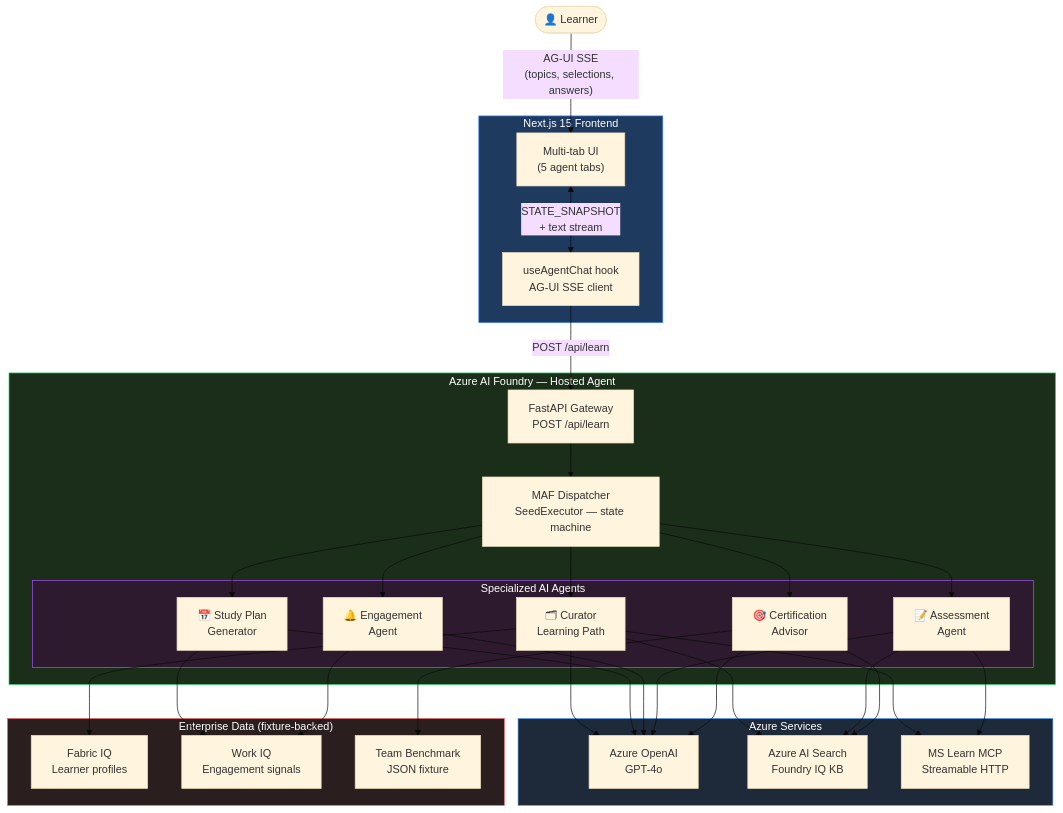
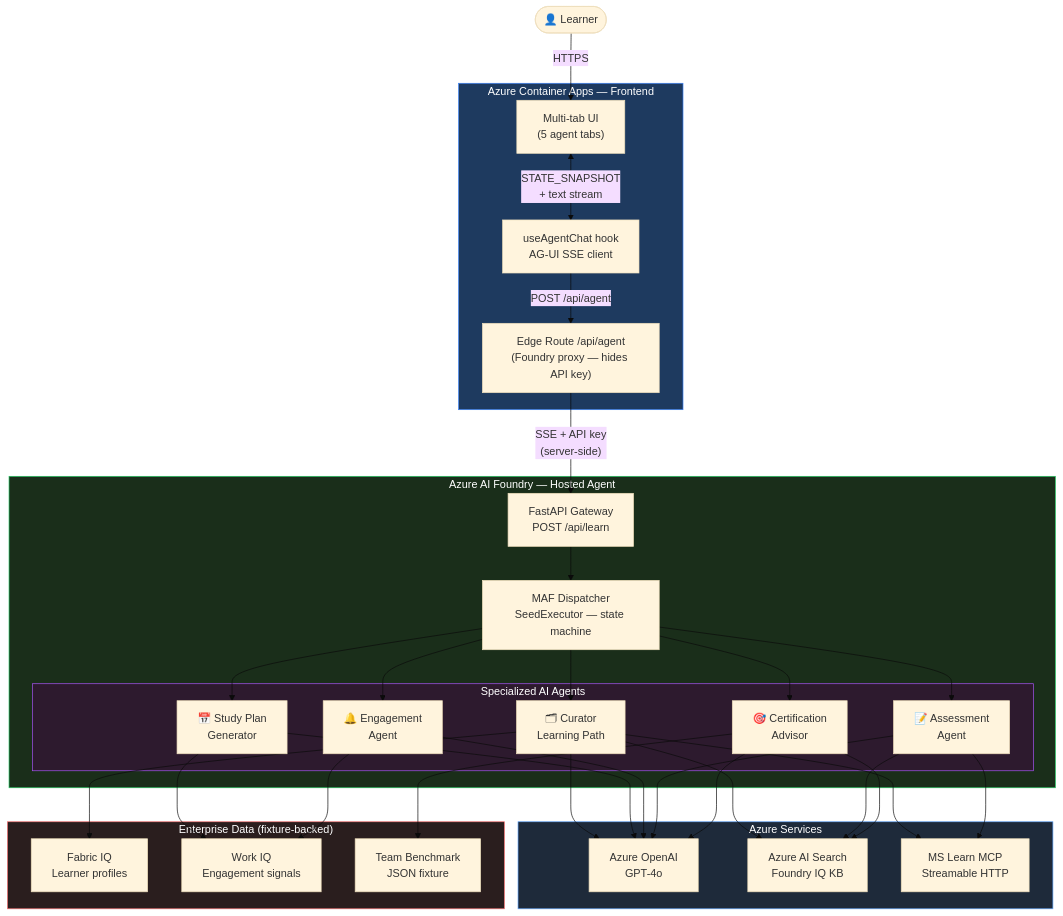
Before and after one commit to yaliagap/enterprise-learning-system-agents: the diagram in docs/DIAGRAM.md, drawn with Mermaid (base theme). The commit also changed other lines of this file and 2 other files, not shown here.

Commit message:
docs: add live demo URL, ACA frontend deployment instructions, and update diagrams

````diff
--- a/docs/DIAGRAM.md
+++ b/docs/DIAGRAM.md
@@ -5,69 +7,71 @@
 ```mermaid
 flowchart TD
     Learner(["👤 Learner"])
 
-    subgraph Frontend["Next.js 15 Frontend"]
+    subgraph ACA["Azure Container Apps — Frontend"]
         UI["Multi-tab UI\n(5 agent tabs)"]
         Hook["useAgentChat hook\nAG-UI SSE client"]
+        Proxy["Edge Route /api/agent\n(Foundry proxy — hides API key)"]
     end
 
     subgraph Foundry["Azure AI Foundry — Hosted Agent"]
         GW["FastAPI Gateway\nPOST /api/learn"]
         MAF["MAF Dispatcher\nSeedExecutor — state machine"]
 
         subgraph Agents["Specialized AI Agents"]
             CUR["🗂 Curator\nLearning Path"]
             SPL["📅 Study Plan\nGenerator"]
             ENG["🔔 Engagement\nAgent"]
             ASS["📝 Assessment\nAgent"]
             ADV["🎯 Certification\nAdvisor"]
         end
     end
 
     subgraph AzureServices["Azure Services"]
         AOI["Azure OpenAI\nGPT-4o"]
         AIS["Azure AI Search\nFoundry IQ KB"]
         MSL["MS Learn MCP\nStreamable HTTP"]
     end
 
     subgraph EnterpriseData["Enterprise Data (fixture-backed)"]
         FIQ["Fabric IQ\nLearner profiles"]
         WIQ["Work IQ\nEngagement signals"]
         BMK["Team Benchmark\nJSON fixture"]
     end
 
-    Learner -- "AG-UI SSE\n(topics, selections, answers)" --> UI
+    Learner -- "HTTPS" --> UI
     UI <-- "STATE_SNAPSHOT\n+ text stream" --> Hook
-    Hook -- "POST /api/learn" --> GW
+    Hook -- "POST /api/agent" --> Proxy
+    Proxy -- "SSE + API key\n(server-side)" --> GW
 
     GW --> MAF
     MAF --> CUR
     MAF --> SPL
     MAF --> ENG
     MAF --> ASS
     MAF --> ADV
 
     CUR --> AOI
     SPL --> AOI
     ENG --> AOI
     ASS --> AOI
     ADV --> AOI
 
     CUR --> AIS
     ASS --> AIS
     ADV --> AIS
 
     CUR --> MSL
     ASS --> MSL
 
     CUR --> FIQ
     SPL --> WIQ
     ENG --> WIQ
     ADV --> BMK
 
-    style Frontend fill:#1e3a5f,color:#fff,stroke:#3b82f6
+    style ACA fill:#1e3a5f,color:#fff,stroke:#3b82f6
     style Foundry fill:#1a2e1a,color:#fff,stroke:#22c55e
     style Agents fill:#2d1a2e,color:#fff,stroke:#a855f7
     style AzureServices fill:#1e2a3a,color:#fff,stroke:#60a5fa
     style EnterpriseData fill:#2a1e1e,color:#fff,stroke:#f87171
 ```
````
